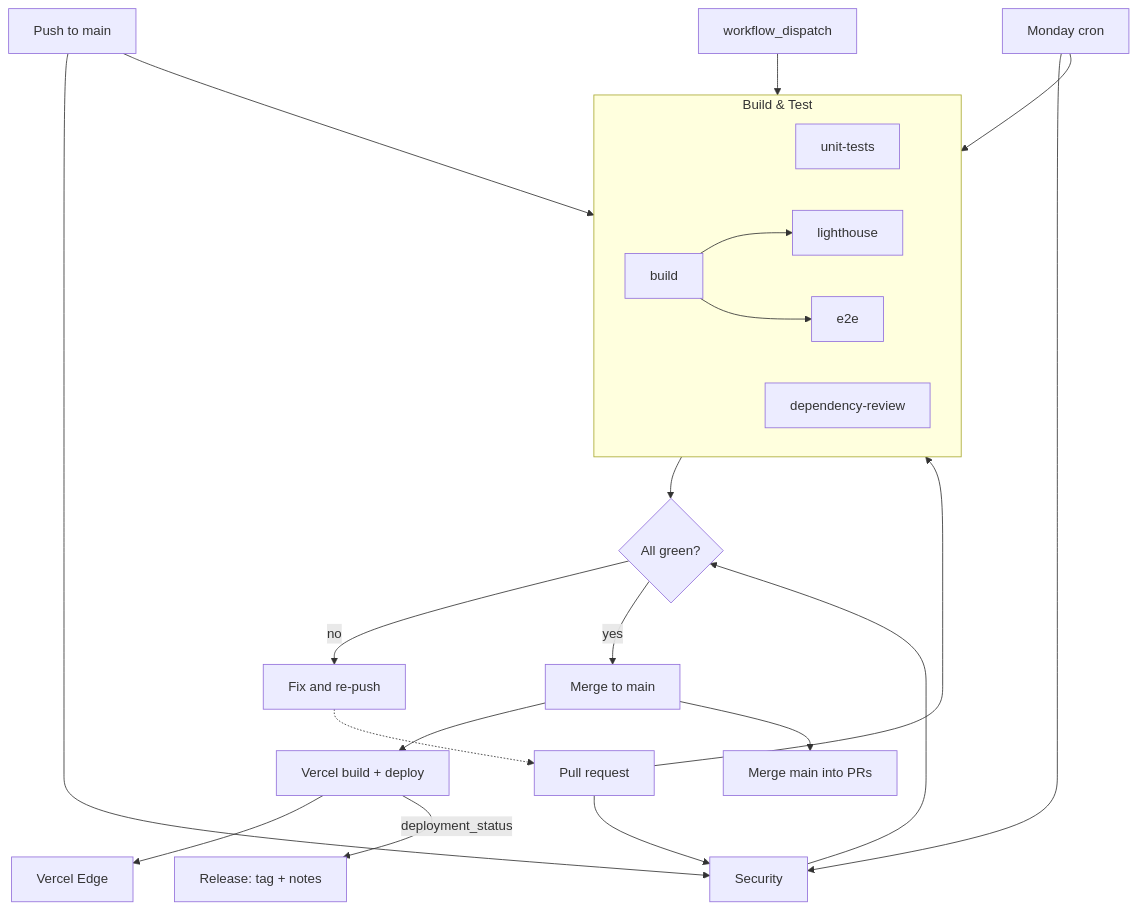
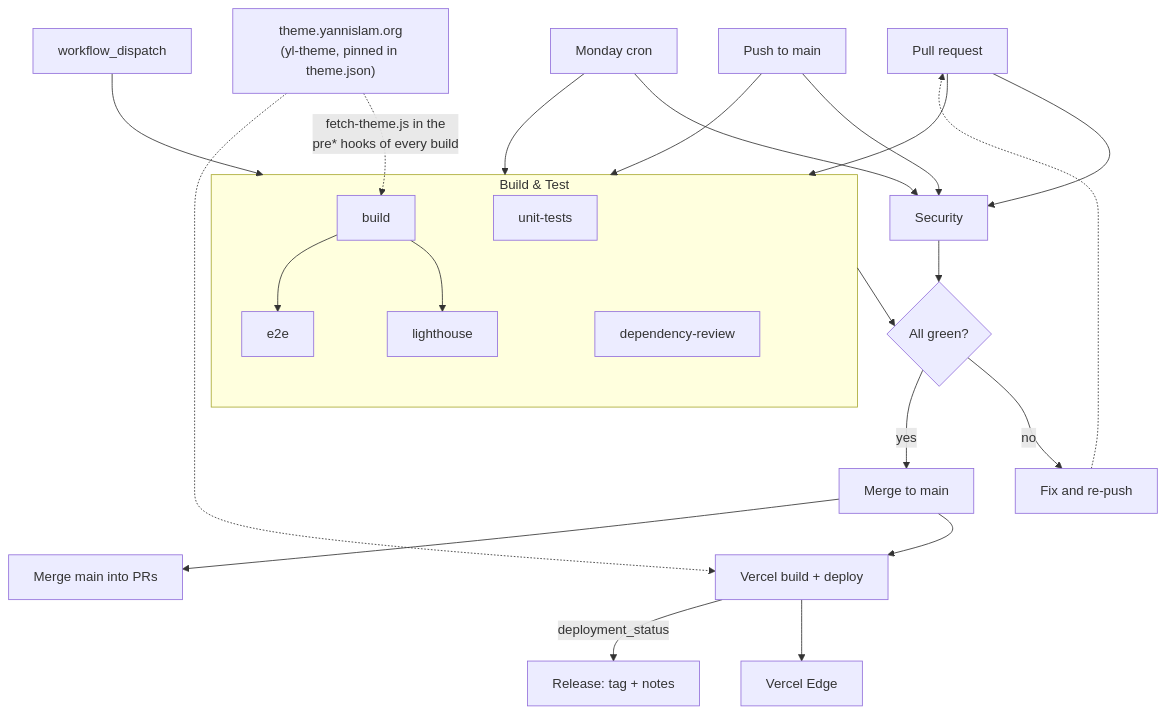
The second of 3 diagrams in README.md (AardeYamz/v3.yannislam.org), drawn with Mermaid before and after one commit. The commit also changed other lines of this file, not shown here.

First line of the commit message:
README: show the yl-theme dependency in the architecture diagrams

````diff
--- a/README.md
+++ b/README.md
@@ -294,30 +305,33 @@
 ```mermaid
 flowchart TB
     PR["Pull request"] --> CI
     Push["Push to main"] --> CI
     Cron["Monday cron"] --> CI
     Manual["workflow_dispatch"] --> CI
 
     subgraph CI["Build & Test"]
         Unit["unit-tests"]
         Build["build"]
         Lighthouse["lighthouse"]
         E2E["e2e"]
         DepReview["dependency-review"]
         Build --> Lighthouse & E2E
     end
 
     PR --> Sec["Security"]
     Push --> Sec
     Cron --> Sec
 
     CI & Sec --> Gate{"All green?"}
     Gate -->|"no"| Fix["Fix and re-push"]
     Fix -.-> PR
     Gate -->|"yes"| Merge["Merge to main"]
 
+    ThemeHost["theme.yannislam.org<br/>(yl-theme, pinned in theme.json)"] -.->|"fetch-theme.js in the<br/>pre* hooks of every build"| Build
+    ThemeHost -.-> Vercel
+
     Merge --> Vercel["Vercel build + deploy"]
     Vercel --> Edge["Vercel Edge"]
     Vercel -->|"deployment_status"| Release["Release: tag + notes"]
     Merge --> Sync["Merge main into PRs"]
 ```
````
